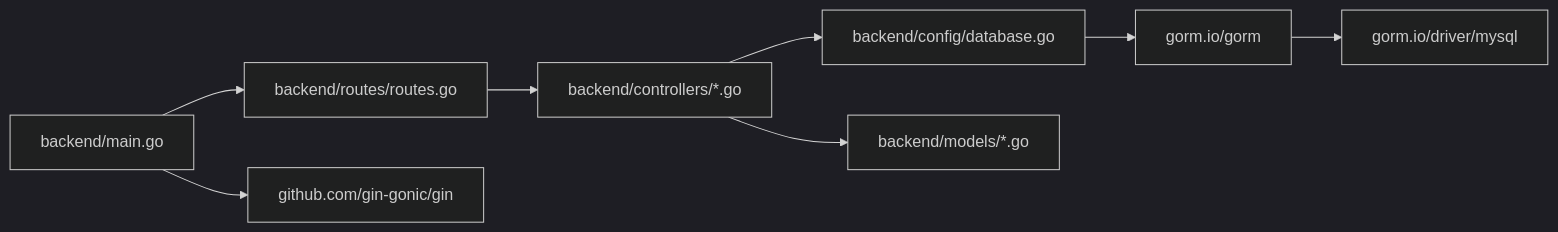
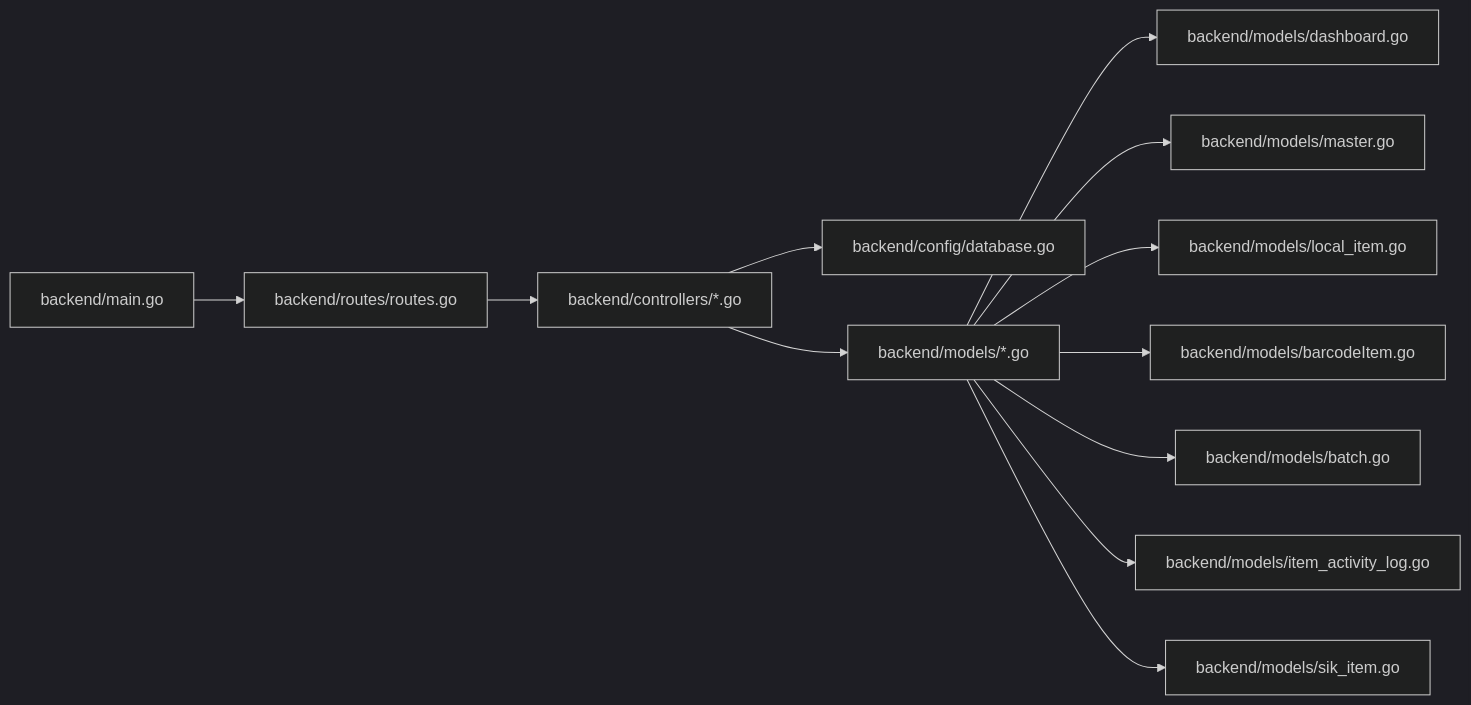
One commit to haidarqawama/PPA-klinik-amc changed the eighth of 8 diagrams in .qoder/repowiki/en/content/Backend Architecture/Backend Architecture.md. Above: the diagram before and after it, drawn with Mermaid (dark theme). The commit also changed other lines of this file and 58 other files, not shown here.

````diff
--- a/.qoder/repowiki/en/content/Backend Architecture/Backend Architecture.md
+++ b/.qoder/repowiki/en/content/Backend Architecture/Backend Architecture.md
@@ -441,10 +569,14 @@
 ```mermaid
 graph LR
 main_go["backend/main.go"] --> routes_go["backend/routes/routes.go"]
 routes_go --> controllers["backend/controllers/*.go"]
 controllers --> config_db["backend/config/database.go"]
 controllers --> models["backend/models/*.go"]
-main_go --> gin["github.com/gin-gonic/gin"]
-config_db --> gorm["gorm.io/gorm"]
-gorm --> mysql_driver["gorm.io/driver/mysql"]
+models --> dashboard_models["backend/models/dashboard.go"]
+models --> master_models["backend/models/master.go"]
+models --> local_item_models["backend/models/local_item.go"]
+models --> barcode_models["backend/models/barcodeItem.go"]
+models --> batch_models["backend/models/batch.go"]
+models --> item_activity_models["backend/models/item_activity_log.go"]
+models --> sik_item_models["backend/models/sik_item.go"]
 ```
````
